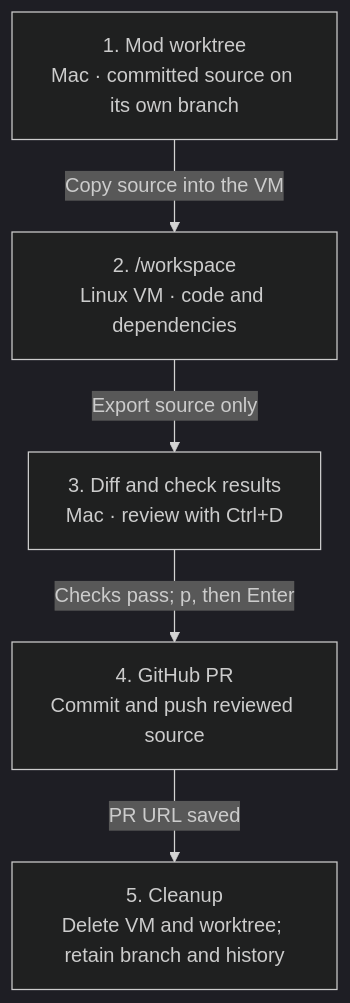
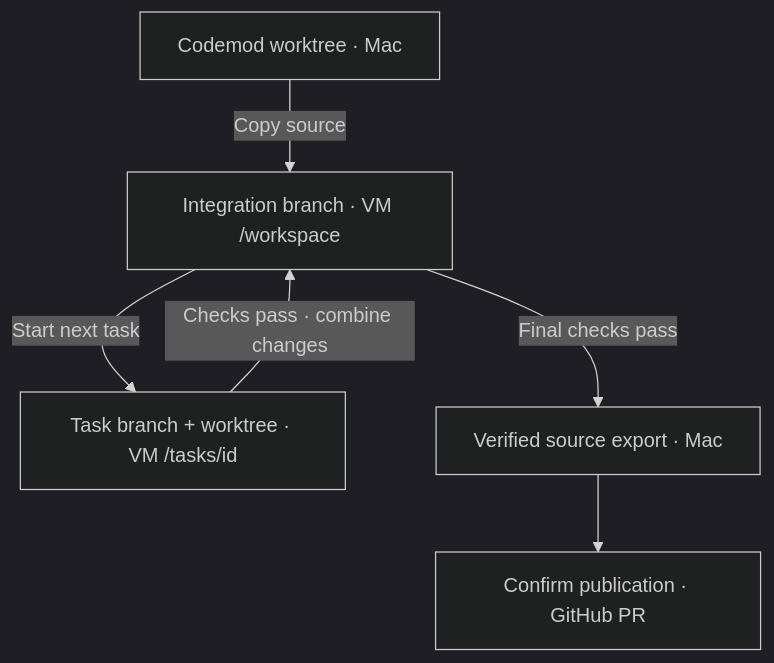
The second of 4 diagrams in docs/sandbox.md (minimumeffort-dev/sprowt.harness), drawn with Mermaid (dark theme) before and after one commit. The commit also changed other lines of this file and 17 other files, not shown here.

Commit message:
Isolate VM tasks in Git worktrees with recovery and cleanup

````diff
--- a/docs/sandbox.md
+++ b/docs/sandbox.md
@@ -32,12 +32,13 @@
 ```mermaid
 flowchart TB
-    source["1. Mod worktree<br/>Mac · committed source on its own branch"]
-    workspace["2. /workspace<br/>Linux VM · code and dependencies"]
-    review["3. Diff and check results<br/>Mac · review with Ctrl+D"]
-    published["4. GitHub PR<br/>Commit and push reviewed source"]
-    cleaned["5. Cleanup<br/>Delete VM and worktree; retain branch and history"]
-    source -->|"Copy source into the VM"| workspace
-    workspace -->|"Export source only"| review
-    review -->|"Checks pass; p, then Enter"| published
-    published -->|"PR URL saved"| cleaned
+    source["Codemod worktree · Mac"]
+    combined["Integration branch · VM /workspace"]
+    task["Task branch + worktree · VM /tasks/id"]
+    review["Verified source export · Mac"]
+    pr["Confirm publication · GitHub PR"]
+    source -->|"Copy source"| combined
+    combined -->|"Start next task"| task
+    task -->|"Checks pass · combine changes"| combined
+    combined -->|"Final checks pass"| review
+    review --> pr
 ```
````
